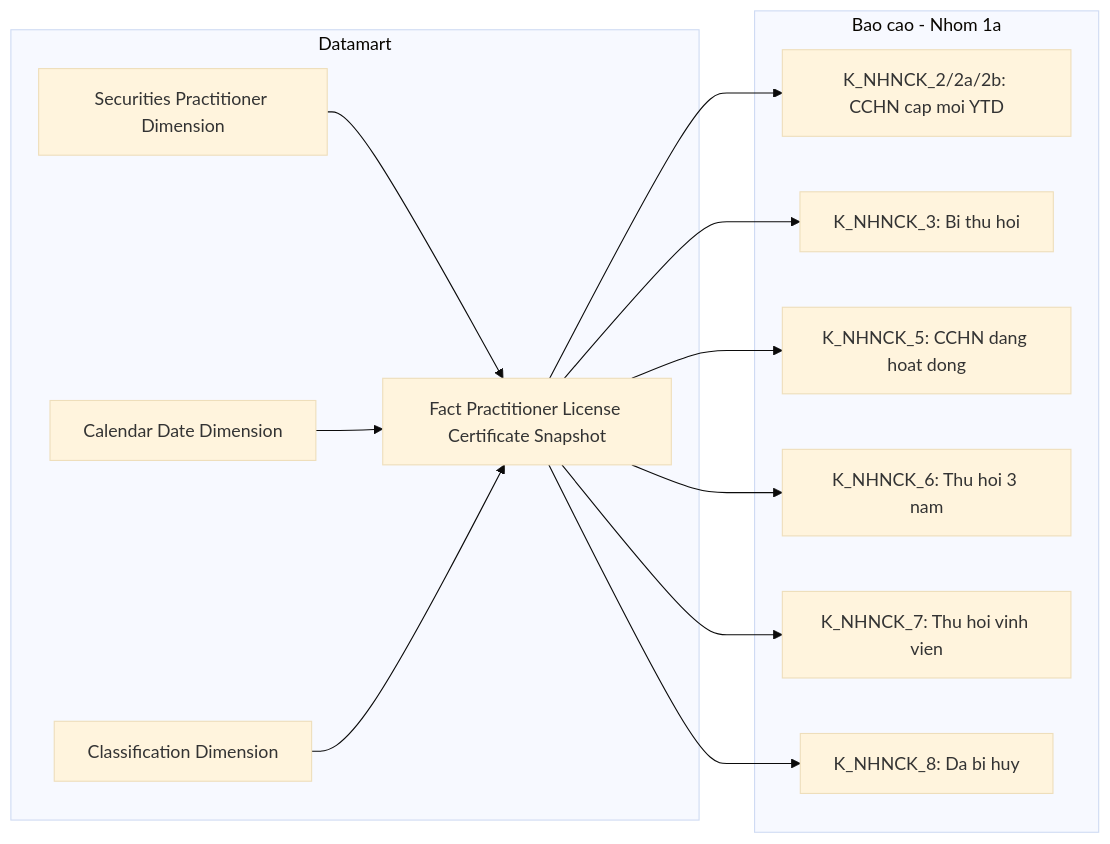
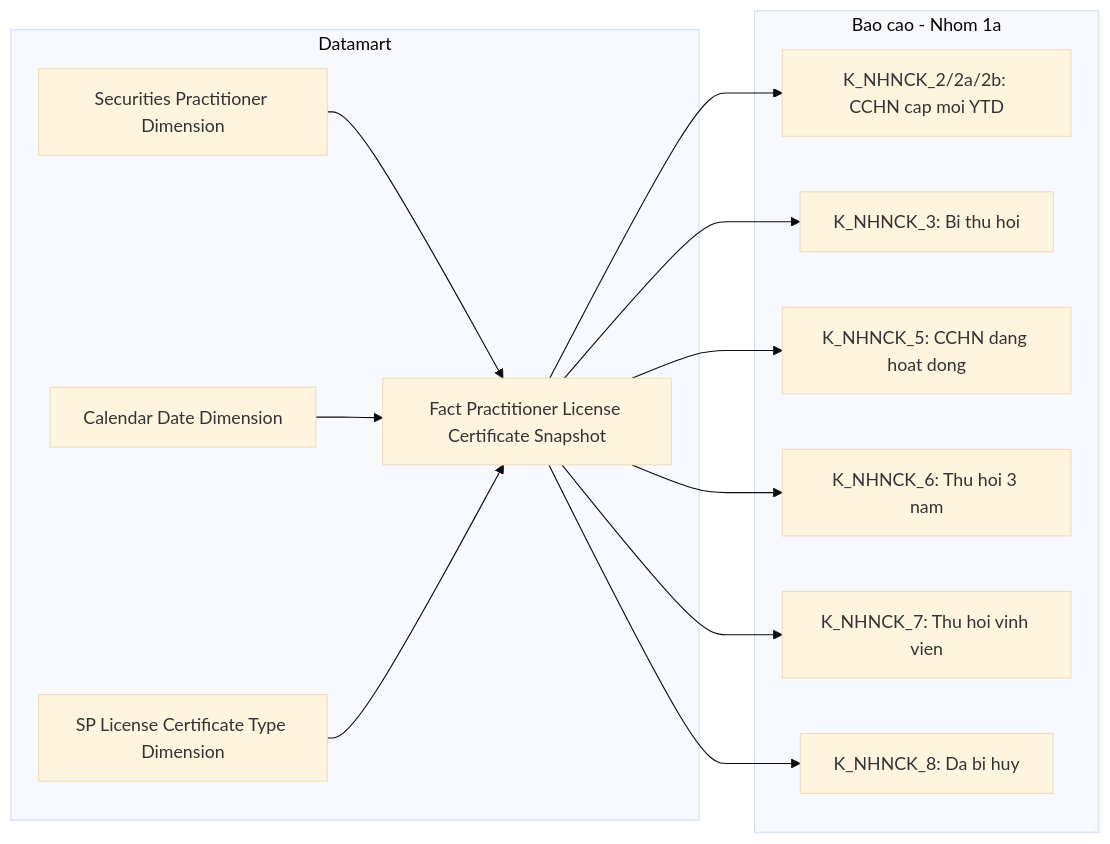
One commit to linhlvit/ubck_atomic_design changed diagram 13 of 40 in Datamart/hld/DTM_NHNCK_HLD.md. Above: the diagram before and after it, drawn with Mermaid (base theme). The commit also changed other lines of this file and 37 other files, not shown here.

````diff
--- a/Datamart/hld/DTM_NHNCK_HLD.md
+++ b/Datamart/hld/DTM_NHNCK_HLD.md
@@ -477,26 +475,26 @@
 ```mermaid
 flowchart LR
     subgraph GOLD["Datamart"]
-        fct_prac_license_ctf_snpst["Fact Practitioner License Certificate Snapshot"]
-        scr_prac_dim["Securities Practitioner Dimension"]
+        fct_practitioner_license_certificate_snpst["Fact Practitioner License Certificate Snapshot"]
+        securities_practitioner_dim["Securities Practitioner Dimension"]
         cdr_dt_dim["Calendar Date Dimension"]
-        cls_dim["Classification Dimension"]
+        sp_license_ctf_tp_dim["SP License Certificate Type Dimension"]
     end
     subgraph RPT["Bao cao - Nhom 1a"]
         R1["K_NHNCK_2/2a/2b: CCHN cap moi YTD"]
         R2["K_NHNCK_3: Bi thu hoi"]
         R3["K_NHNCK_5: CCHN dang hoat dong"]
         R4["K_NHNCK_6: Thu hoi 3 nam"]
         R5["K_NHNCK_7: Thu hoi vinh vien"]
         R6["K_NHNCK_8: Da bi huy"]
     end
-    fct_prac_license_ctf_snpst --> R1
-    fct_prac_license_ctf_snpst --> R2
-    fct_prac_license_ctf_snpst --> R3
-    fct_prac_license_ctf_snpst --> R4
-    fct_prac_license_ctf_snpst --> R5
-    fct_prac_license_ctf_snpst --> R6
-    scr_prac_dim --> fct_prac_license_ctf_snpst
-    cdr_dt_dim --> fct_prac_license_ctf_snpst
-    cls_dim --> fct_prac_license_ctf_snpst
+    fct_practitioner_license_certificate_snpst --> R1
+    fct_practitioner_license_certificate_snpst --> R2
+    fct_practitioner_license_certificate_snpst --> R3
+    fct_practitioner_license_certificate_snpst --> R4
+    fct_practitioner_license_certificate_snpst --> R5
+    fct_practitioner_license_certificate_snpst --> R6
+    securities_practitioner_dim --> fct_practitioner_license_certificate_snpst
+    cdr_dt_dim --> fct_practitioner_license_certificate_snpst
+    sp_license_ctf_tp_dim --> fct_practitioner_license_certificate_snpst
 ```
````
